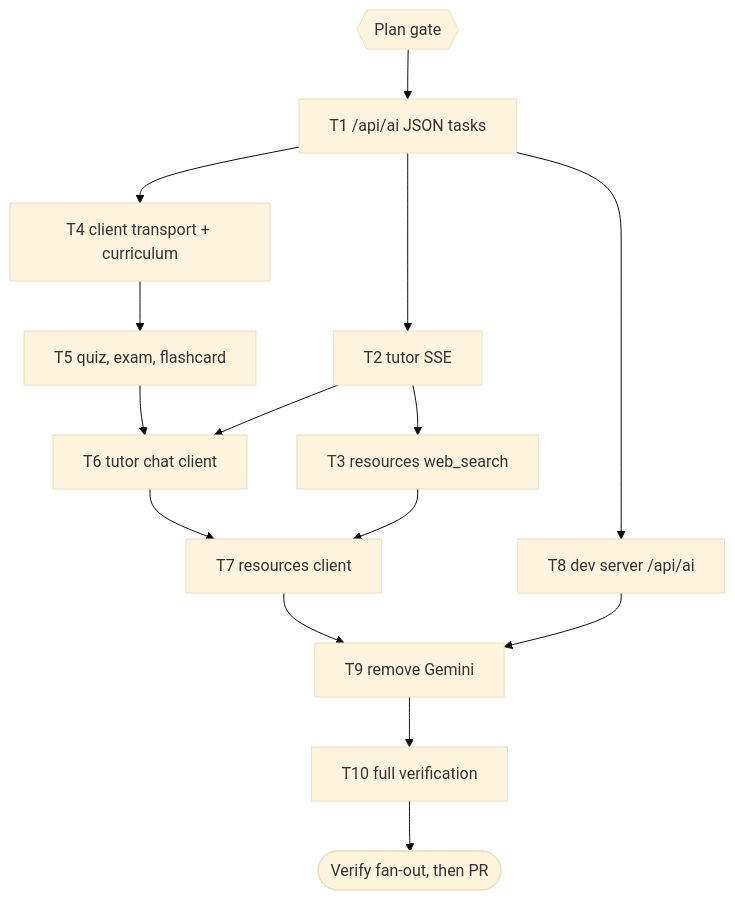
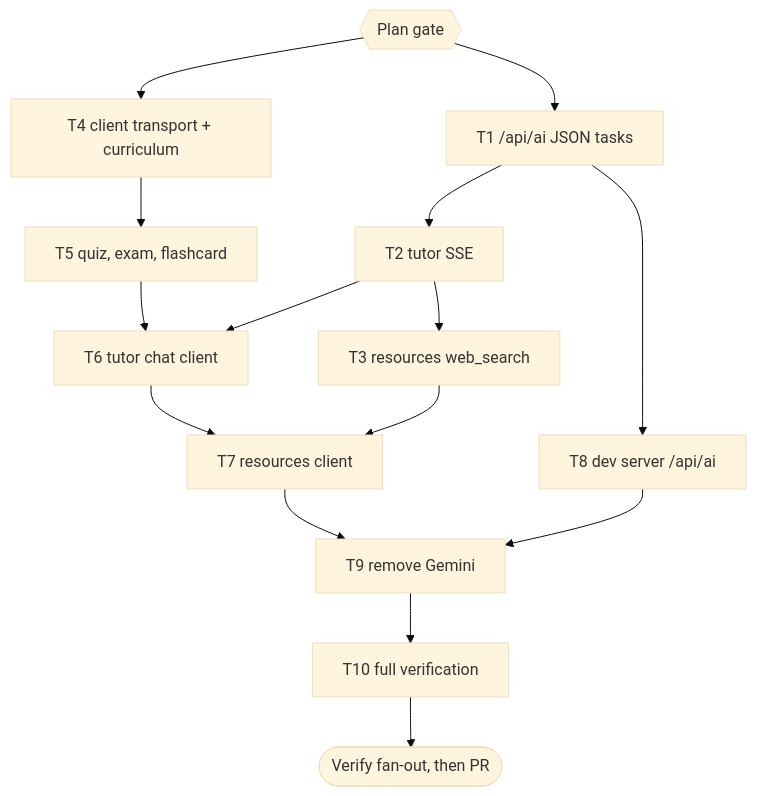
One commit to belajarcarabelajar/adaptiva changed the diagram in docs/code-plan/plans/2026-11-12-migrasi-claude.md. Above: the diagram before and after it, drawn with Mermaid (base theme). The commit also changed other lines of this file and 5 other files, not shown here.

````diff
--- a/docs/code-plan/plans/2026-11-12-migrasi-claude.md
+++ b/docs/code-plan/plans/2026-11-12-migrasi-claude.md
@@ -223,19 +223,19 @@
 ```mermaid
 flowchart TD
     accTitle: Task graph for the Claude migration
     accDescr: The plan gate opens the server chain (JSON endpoint, tutor stream, resources search) and the client chain (transport with curriculum, quiz and flashcard, chat, resources) plus the dev server, all of which merge into Gemini removal and full verification.
     G{{"Plan gate"}} --> T1
     T1["T1 /api/ai JSON tasks"] --> T2["T2 tutor SSE"]
     T2 --> T3["T3 resources web_search"]
-    T1 --> T4["T4 client transport + curriculum"]
+    G --> T4["T4 client transport + curriculum"]
     T4 --> T5["T5 quiz, exam, flashcard"]
     T5 --> T6["T6 tutor chat client"]
     T2 --> T6
     T6 --> T7["T7 resources client"]
     T3 --> T7
     T1 --> T8["T8 dev server /api/ai"]
     T7 --> T9["T9 remove Gemini"]
     T8 --> T9
     T9 --> T10["T10 full verification"]
     T10 --> V(["Verify fan-out, then PR"])
 ```
````
